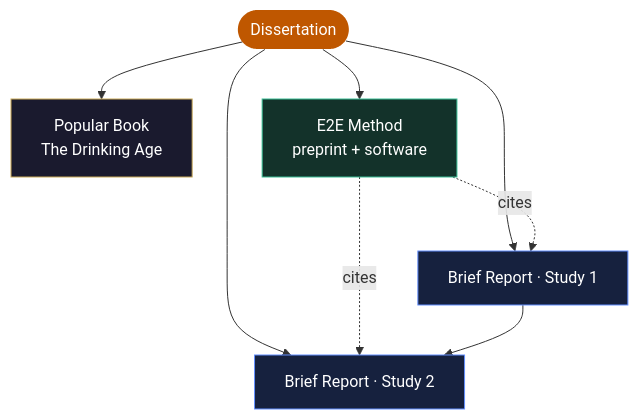
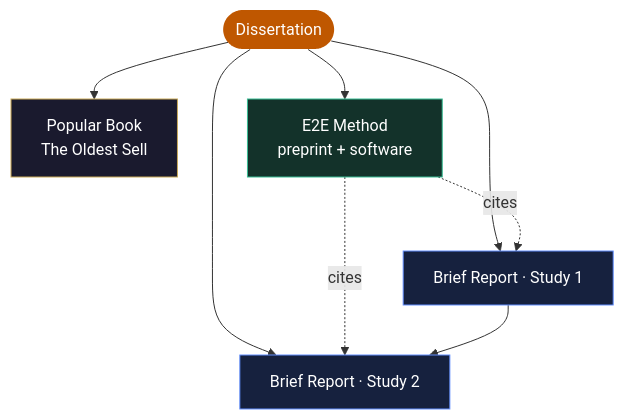
One commit to jethomasphd/Dissertation changed the second of 2 diagrams in README.md. Above: the diagram before and after it, drawn with Mermaid. The commit also changed other lines of this file and 6 other files, not shown here.

First line of the commit message:
Rework popular book into "The Oldest Sell"; remove Pasch email

````diff
--- a/README.md
+++ b/README.md
@@ -187,15 +185,15 @@
 ```mermaid
 flowchart TD
     D([Dissertation]):::anchor
-    D --> B[Popular Book<br/>The Drinking Age]:::book
+    D --> B[Popular Book<br/>The Oldest Sell]:::book
     D --> M[E2E Method<br/>preprint + software]:::soft
     D --> S1[Brief Report · Study 1]:::paper
     D --> S2[Brief Report · Study 2]:::paper
     M -. cites .-> S1
     M -. cites .-> S2
     S1 --> S2
     classDef anchor fill:#BF5700,stroke:#BF5700,color:#ffffff;
     classDef book fill:#1a1a2e,stroke:#c9a959,color:#ffffff;
     classDef soft fill:#13322a,stroke:#38bd94,color:#ffffff;
     classDef paper fill:#16213e,stroke:#638fff,color:#ffffff;
 ```
````
